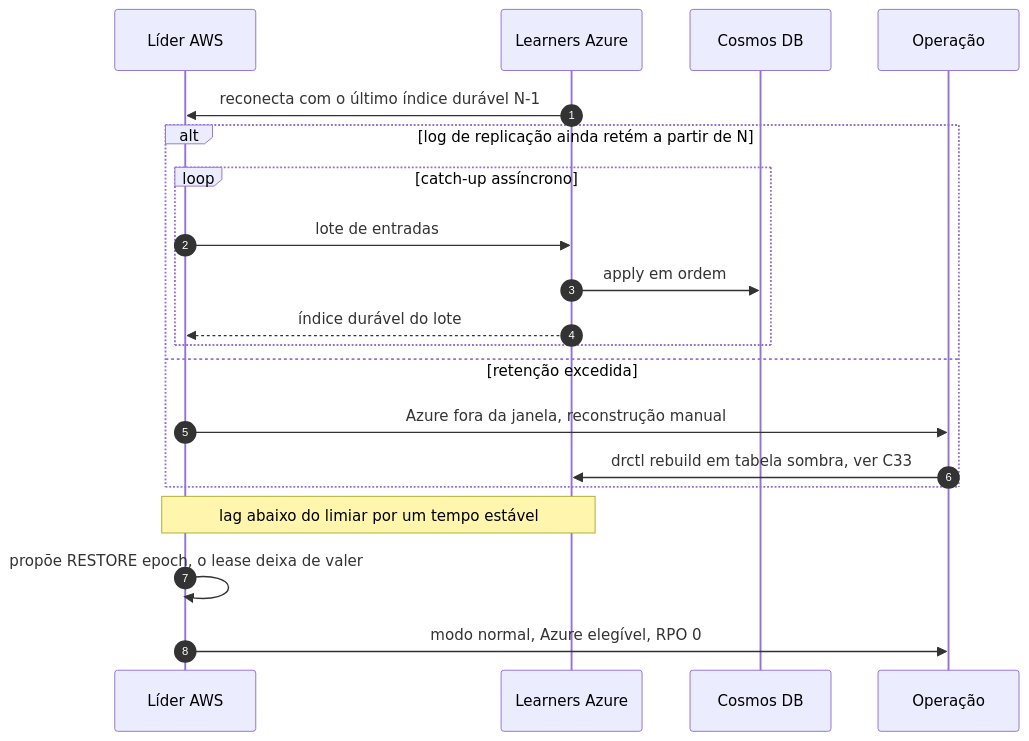
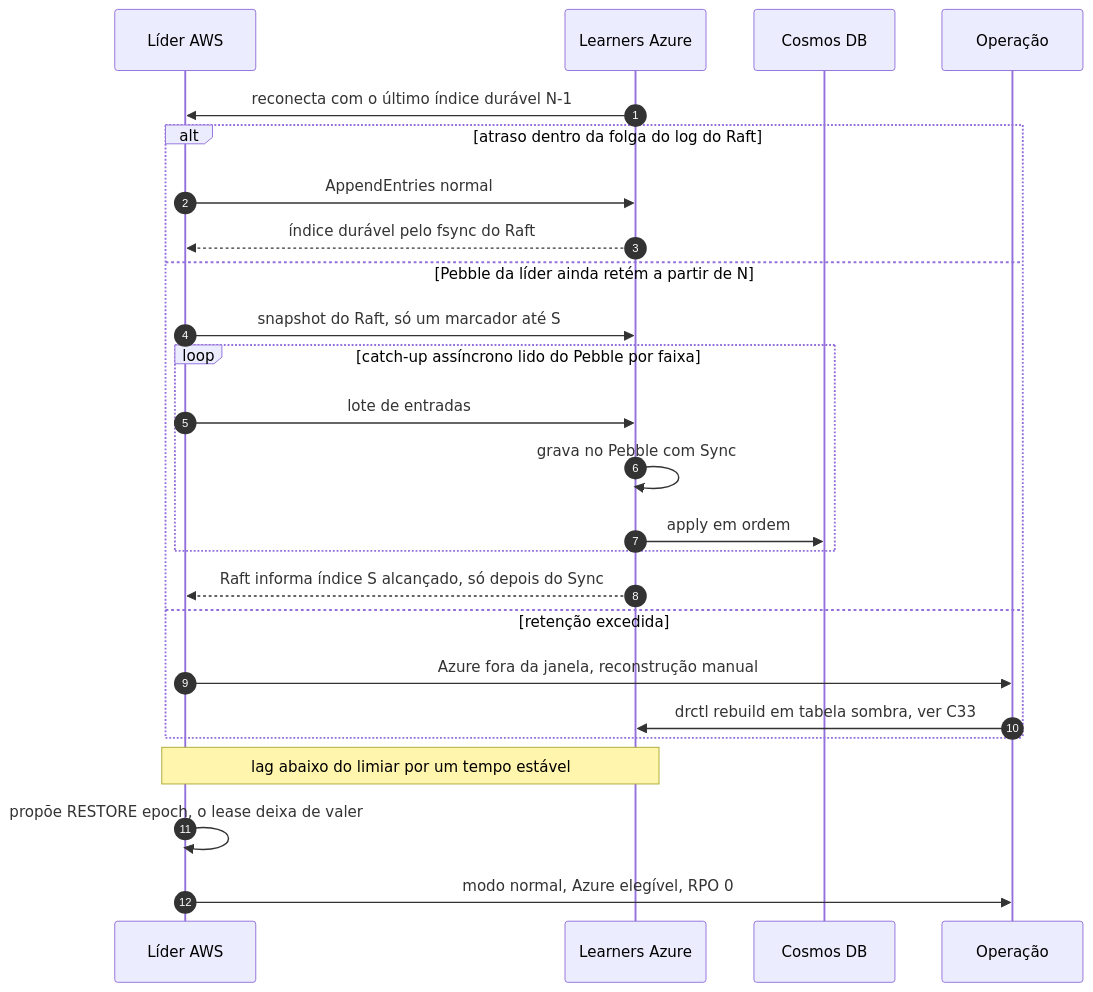
One commit to brbarmex/k changed the diagram in 02_cenarios/atualizados/C13-ressincronizacao-da-azure.md. Above: the diagram before and after it, drawn with Mermaid. The commit also changed other lines of this file and 29 other files, not shown here.

First line of the commit message:
Log de replicação em Pebble (ADR-055): derivado do Raft, sem fsync no ACK, volume separado

````diff
--- a/02_cenarios/atualizados/C13-ressincronizacao-da-azure.md
+++ b/02_cenarios/atualizados/C13-ressincronizacao-da-azure.md
@@ -11,22 +13,27 @@
 ```mermaid
 sequenceDiagram
     autonumber
     participant L as Líder AWS
     participant AZ as Learners Azure
     participant CDB as Cosmos DB
     participant OPS as Operação
     AZ->>L: reconecta com o último índice durável N-1
-    alt log de replicação ainda retém a partir de N
-        loop catch-up assíncrono
+    alt atraso dentro da folga do log do Raft
+        L->>AZ: AppendEntries normal
+        AZ-->>L: índice durável pelo fsync do Raft
+    else Pebble da líder ainda retém a partir de N
+        L->>AZ: snapshot do Raft, só um marcador até S
+        loop catch-up assíncrono lido do Pebble por faixa
             L->>AZ: lote de entradas
+            AZ->>AZ: grava no Pebble com Sync
             AZ->>CDB: apply em ordem
-            AZ-->>L: índice durável do lote
         end
+        AZ-->>L: Raft informa índice S alcançado, só depois do Sync
     else retenção excedida
         L->>OPS: Azure fora da janela, reconstrução manual
         OPS->>AZ: drctl rebuild em tabela sombra, ver C33
     end
     Note over L,AZ: lag abaixo do limiar por um tempo estável
     L->>L: propõe RESTORE epoch, o lease deixa de valer
     L->>OPS: modo normal, Azure elegível, RPO 0
 ```
````
